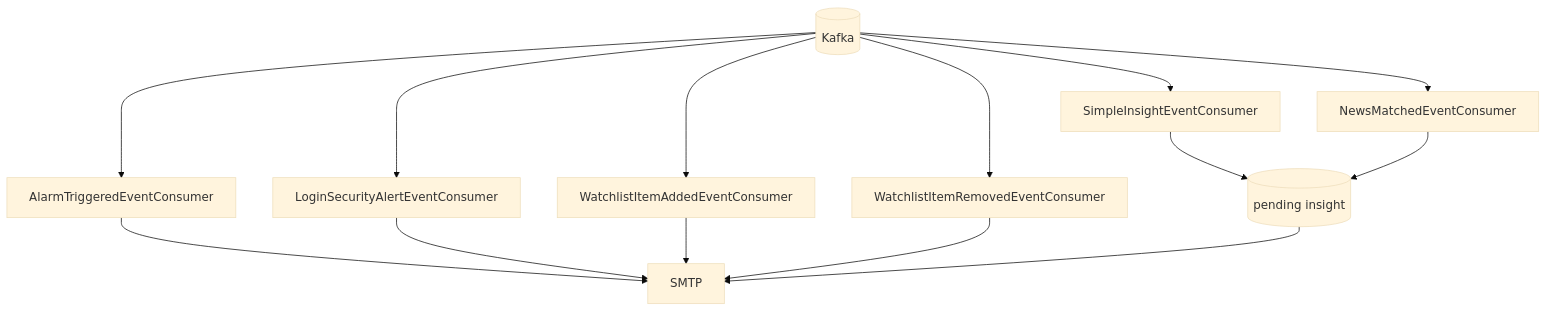
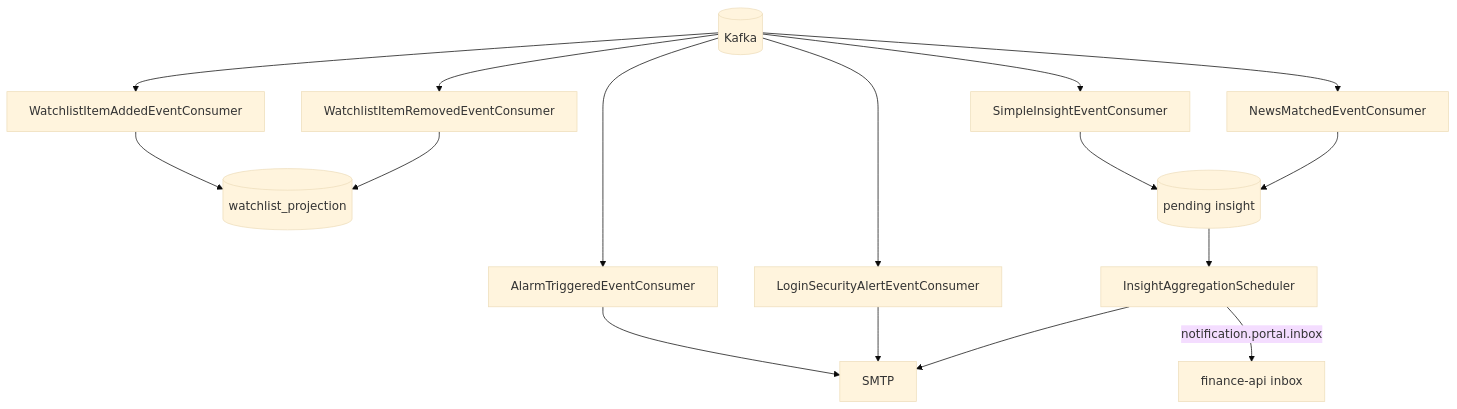
The second of 3 diagrams in docs/english/services/notification-service.md (TaridaG/Toyota-32Bit-Finance-Platform), drawn with Mermaid (base theme) before and after one commit. The commit also changed other lines of this file and 52 other files, not shown here.

Commit message:
feat(profile): notification preferences and watchlist digest portal inbox delivery (profil bildirim tercihleri ve takip listesi özeti portal kutusu teslimi)

````diff
--- a/docs/english/services/notification-service.md
+++ b/docs/english/services/notification-service.md
@@ -81,19 +82,21 @@
 ```mermaid
 flowchart TB
   KF[(Kafka)]
 
   KF --> C1[AlarmTriggeredEventConsumer]
   KF --> C2[LoginSecurityAlertEventConsumer]
   KF --> C3[WatchlistItemAddedEventConsumer]
   KF --> C4[WatchlistItemRemovedEventConsumer]
   KF --> C5[SimpleInsightEventConsumer]
   KF --> C6[NewsMatchedEventConsumer]
 
   C1 --> SMTP[SMTP]
   C2 --> SMTP
-  C3 --> SMTP
-  C4 --> SMTP
+  C3 --> WP[(watchlist_projection)]
+  C4 --> WP
   C5 --> PG[(pending insight)]
   C6 --> PG
-  PG --> SMTP
+  PG --> Sched[InsightAggregationScheduler]
+  Sched --> SMTP
+  Sched -->|notification.portal.inbox| FA[finance-api inbox]
 ```
````
